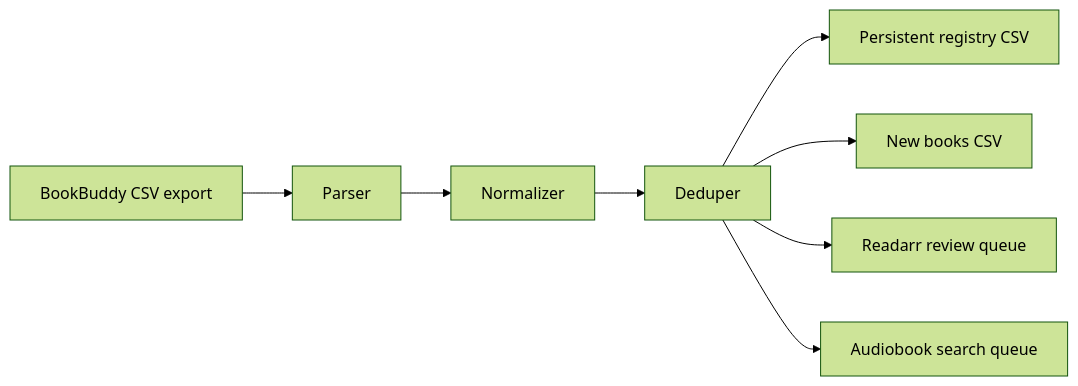
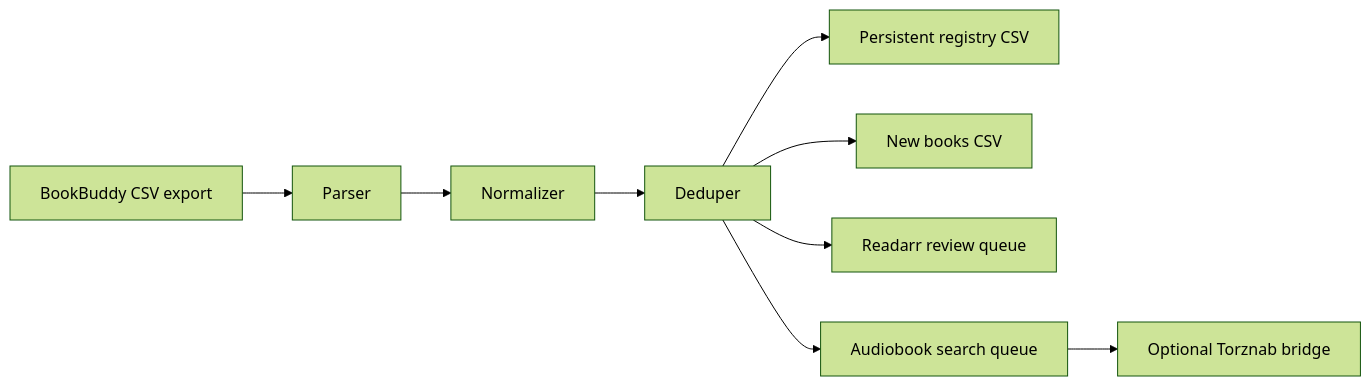
One commit to Nassau-1/BookBuddARR changed the diagram in docs/architecture.md. Above: the diagram before and after it, drawn with Mermaid (forest theme). The commit also changed other lines of this file and 9 other files, not shown here.

Commit message:
Add audiobook rules and Torznab bridge

````diff
--- a/docs/architecture.md
+++ b/docs/architecture.md
@@ -5,10 +5,11 @@
 ```mermaid
 flowchart LR
   A["BookBuddy CSV export"] --> B["Parser"]
   B --> C["Normalizer"]
   C --> D["Deduper"]
   D --> E["Persistent registry CSV"]
   D --> F["New books CSV"]
   D --> G["Readarr review queue"]
   D --> H["Audiobook search queue"]
+  H --> I["Optional Torznab bridge"]
 ```
````
